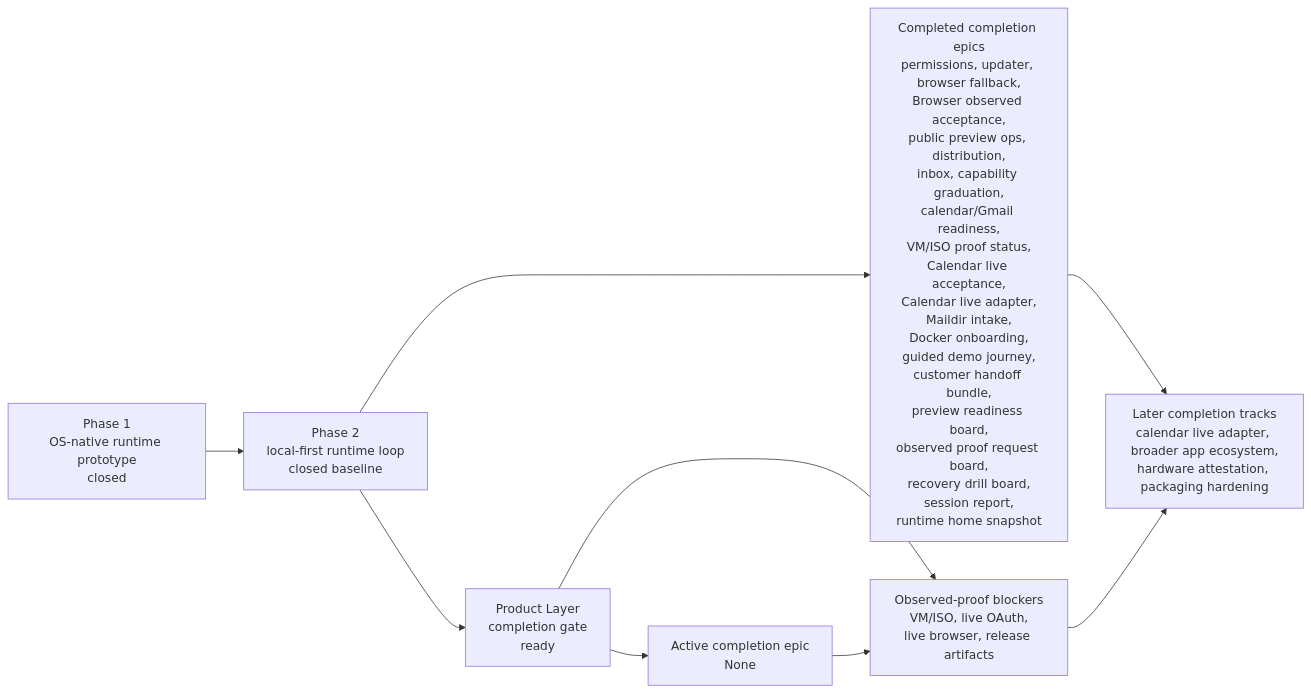
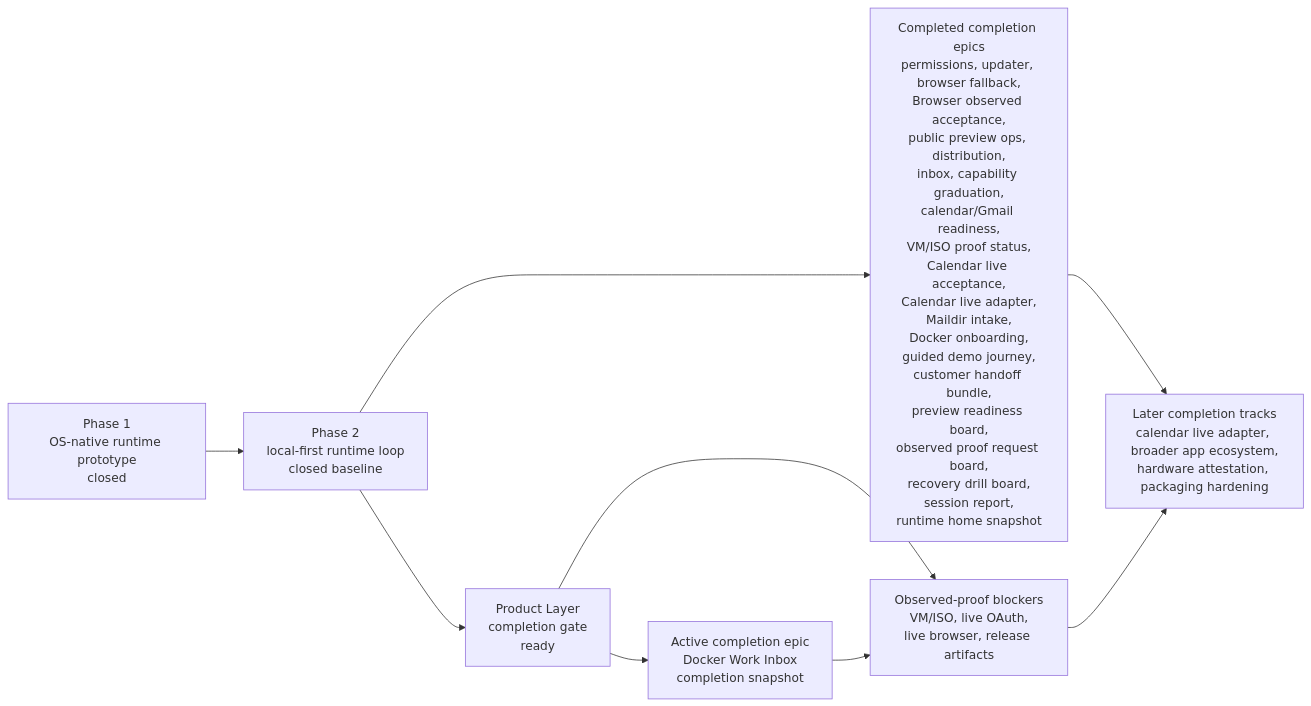
One commit to Jongtae/agentos changed the diagram in README.md. Above: the diagram before and after it, drawn with Mermaid. The commit also changed other lines of this file and 8 other files, not shown here.

Commit message:
Add Work Inbox completion snapshot

````diff
--- a/README.md
+++ b/README.md
@@ -179,17 +179,17 @@
 ```mermaid
 flowchart LR
   phase1["Phase 1\nOS-native runtime prototype\nclosed"]
   phase2["Phase 2\nlocal-first runtime loop\nclosed baseline"]
   ready["Product Layer\ncompletion gate\nready"]
-  active["Active completion epic\nNone"]
+  active["Active completion epic\nDocker Work Inbox\ncompletion snapshot"]
   completed["Completed completion epics\npermissions, updater, browser fallback,\nBrowser observed acceptance,\npublic preview ops, distribution,\ninbox, capability graduation,\ncalendar/Gmail readiness,\nVM/ISO proof status,\nCalendar live acceptance,\nCalendar live adapter,\nMaildir intake,\nDocker onboarding,\nguided demo journey,\ncustomer handoff bundle,\npreview readiness board,\nobserved proof request board,\nrecovery drill board,\nsession report,\nruntime home snapshot"]
   blocked["Observed-proof blockers\nVM/ISO, live OAuth,\nlive browser, release artifacts"]
   future["Later completion tracks\ncalendar live adapter, broader app ecosystem,\nhardware attestation, packaging hardening"]
 
   phase1 --> phase2 --> ready --> active
   phase2 --> completed
   ready --> blocked
   active --> blocked
   completed --> future
   blocked --> future
 ```
````
